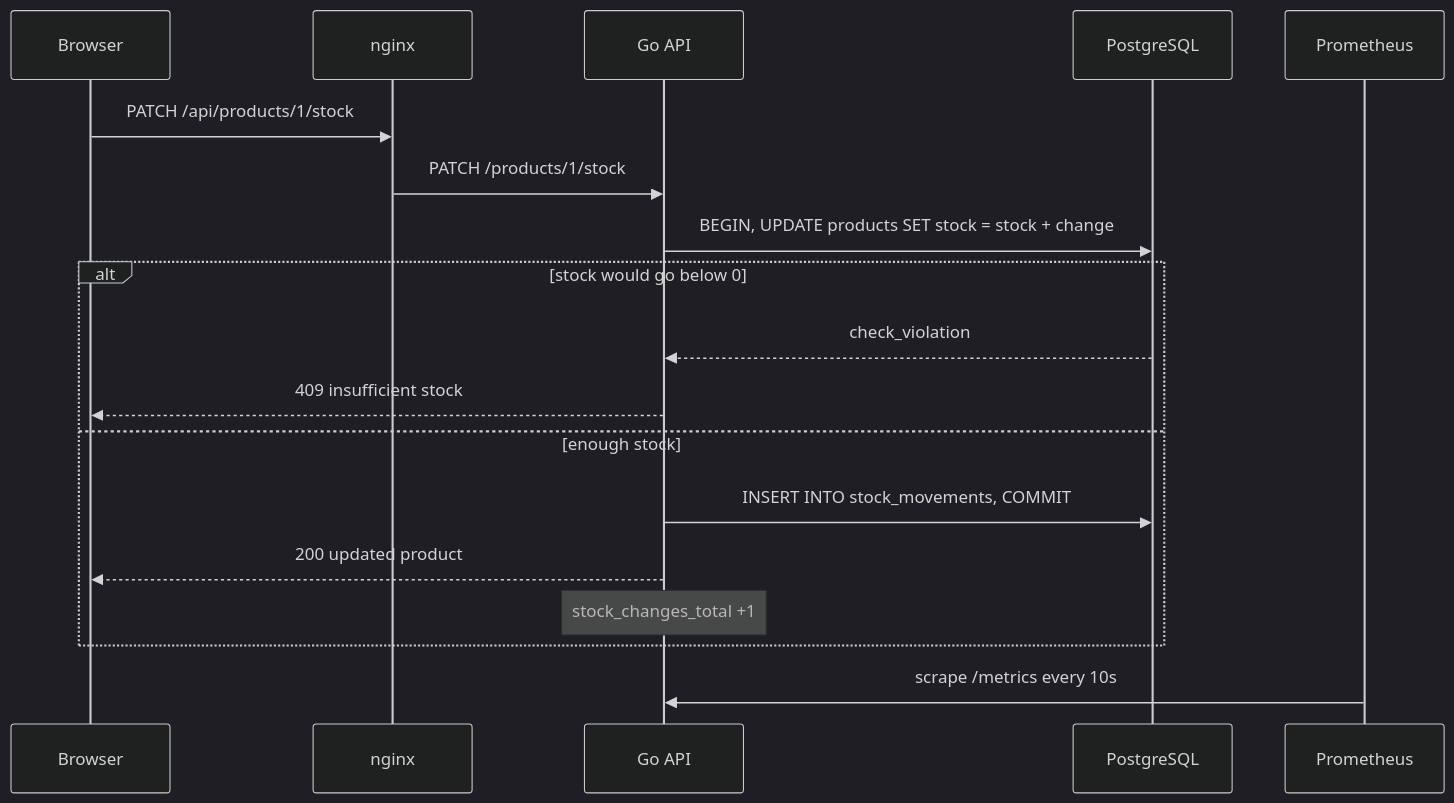
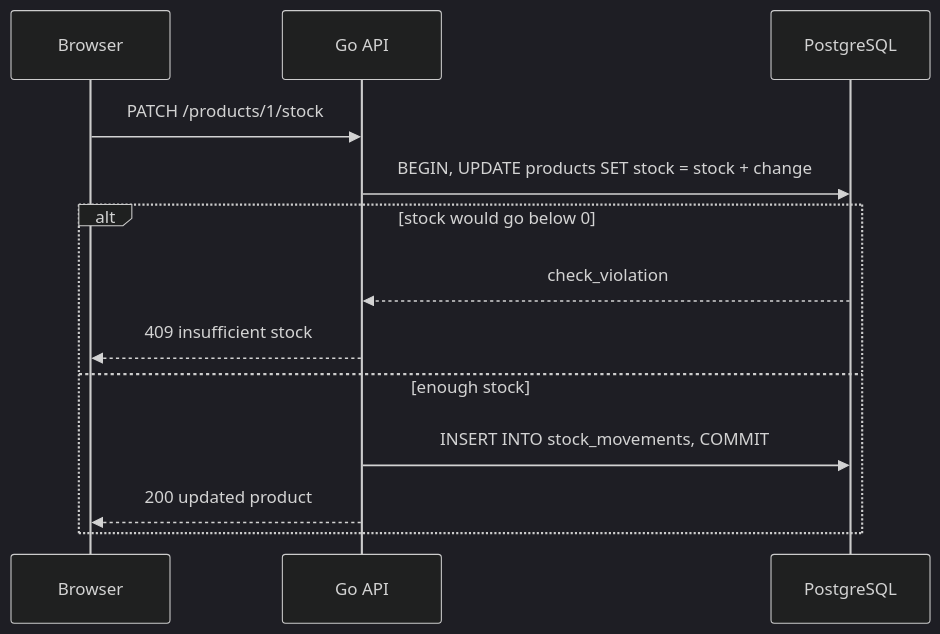
Before and after one commit to agoldust/Inventory_platform: the second of 3 diagrams in README.md, drawn with Mermaid (dark theme). The commit also changed other lines of this file and 1 other file, not shown here.

First line of the commit message:
Use every API endpoint in the UI and simplify the README

````diff
--- a/README.md
+++ b/README.md
@@ -67,20 +82,15 @@
 ```mermaid
 sequenceDiagram
     participant B as Browser
-    participant N as nginx
     participant A as Go API
     participant D as PostgreSQL
-    participant P as Prometheus
-    B->>N: PATCH /api/products/1/stock
-    N->>A: PATCH /products/1/stock
+    B->>A: PATCH /products/1/stock
     A->>D: BEGIN, UPDATE products SET stock = stock + change
     alt stock would go below 0
         D-->>A: check_violation
         A-->>B: 409 insufficient stock
     else enough stock
         A->>D: INSERT INTO stock_movements, COMMIT
         A-->>B: 200 updated product
-        Note over A: stock_changes_total +1
     end
-    P->>A: scrape /metrics every 10s
 ```
````
